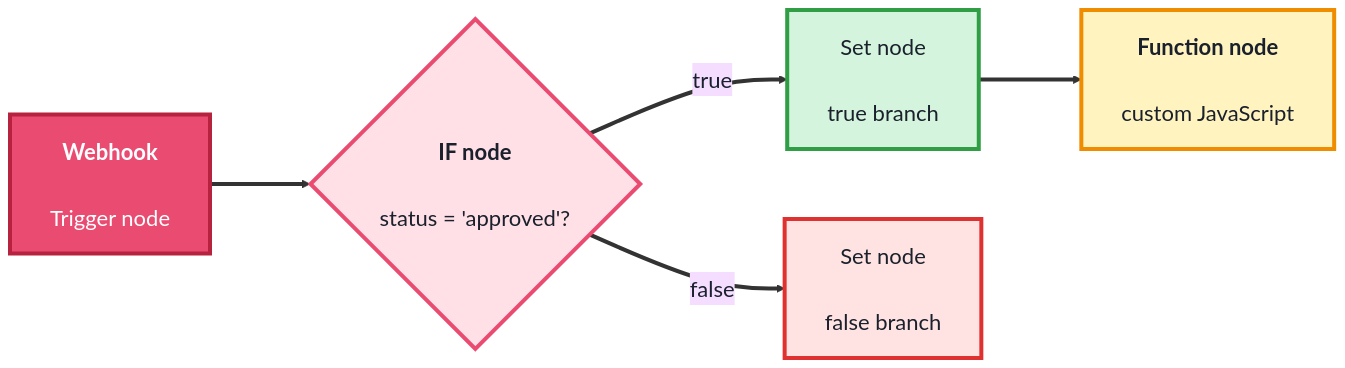
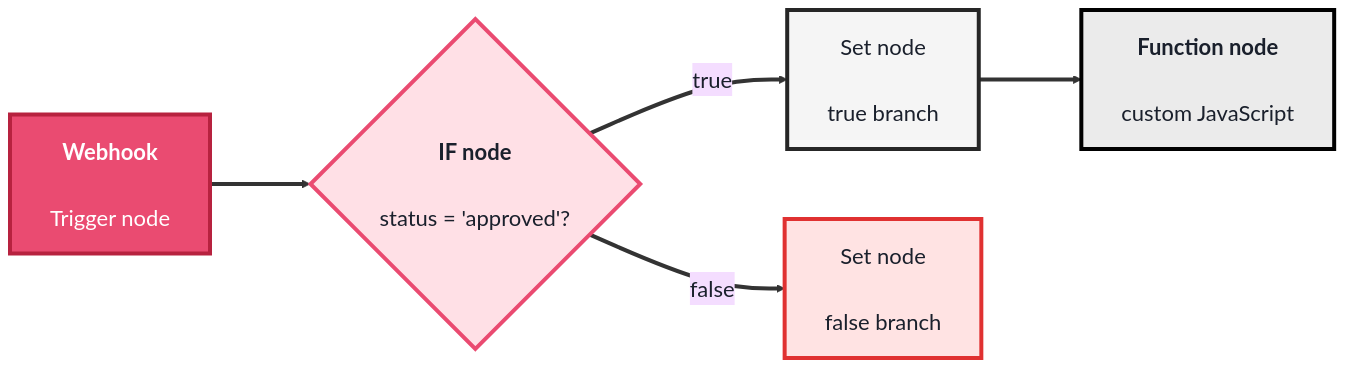
The fifth of 5 diagrams in src/Pages/courses/TechArchs/automation-beginner-course.md (SHEMODELTECH/shemodeltech), drawn with Mermaid before and after one commit. The commit also changed other lines of this file and 46 other files, not shown here.

````diff
--- a/src/Pages/courses/TechArchs/automation-beginner-course.md
+++ b/src/Pages/courses/TechArchs/automation-beginner-course.md
@@ -322,20 +322,20 @@
 ```mermaid
 %%{init: {'theme':'base', 'themeVariables': {'fontSize':'22px', 'primaryTextColor':'#1a202c', 'primaryBorderColor':'#b7223f', 'lineColor':'#333333'}, 'flowchart': {'nodeSpacing': 70, 'rankSpacing': 100, 'padding': 20}}}%%
 flowchart LR
     W["<b>Webhook</b><br/><br/>Trigger node"]
     IF{"<b>IF node</b><br/><br/>status = 'approved'?"}
     S1["Set node<br/><br/>true branch"]
     S2["Set node<br/><br/>false branch"]
     F["<b>Function node</b><br/><br/>custom JavaScript"]
 
     W ==> IF
     IF ==>|true| S1 ==> F
     IF ==>|false| S2
 
     style W fill:#ea4b71,color:#fff,stroke:#b7223f,stroke-width:4px
     style IF fill:#ffe0e6,color:#1a202c,stroke:#ea4b71,stroke-width:4px
-    style S1 fill:#d4f4dd,color:#1a202c,stroke:#2f9e44,stroke-width:4px
+    style S1 fill:#F5F5F5,color:#1a202c,stroke:#262626,stroke-width:4px
     style S2 fill:#ffe3e3,color:#1a202c,stroke:#e03131,stroke-width:4px
-    style F fill:#fff3bf,color:#1a202c,stroke:#f08c00,stroke-width:4px
+    style F fill:#EBEBEB,color:#1a202c,stroke:#000000,stroke-width:4px
     linkStyle default stroke-width:4px,stroke:#333333
 ```
````
